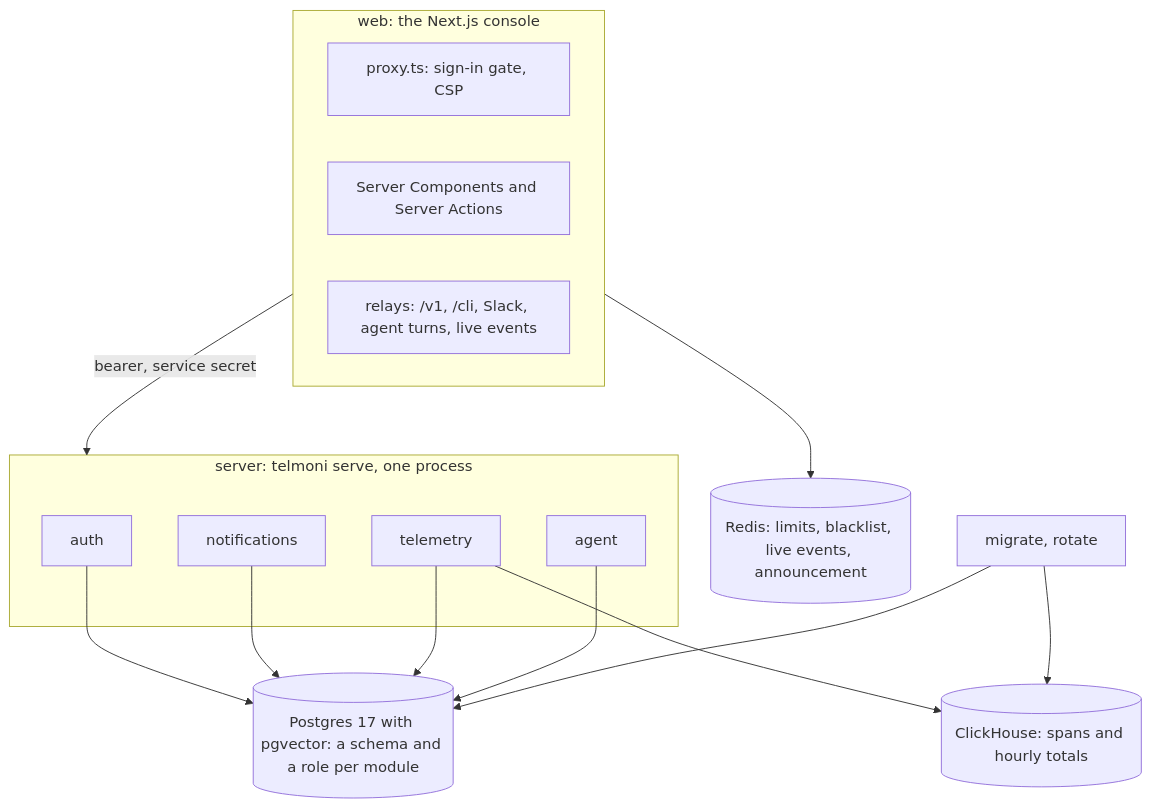
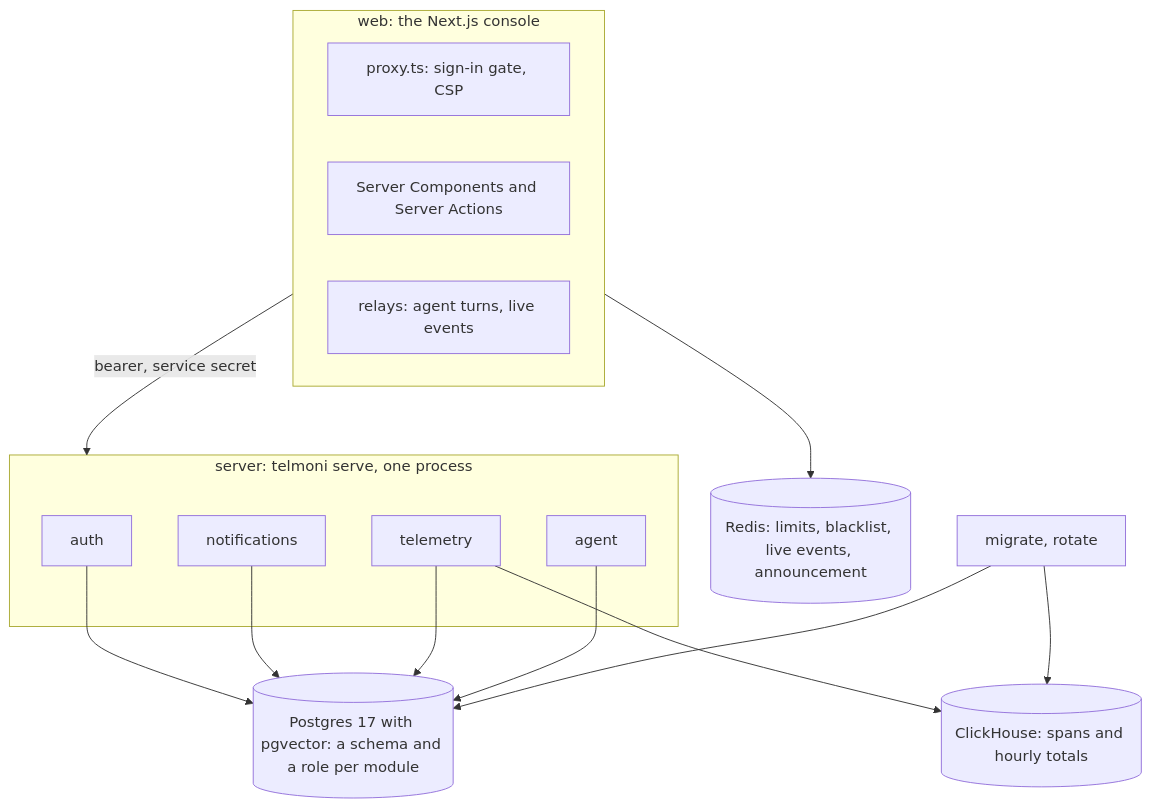
The second of 5 diagrams in ARCHITECTURE.md (telmoni/telmoni), drawn with Mermaid before and after one commit. The commit also changed other lines of this file and 4 other files, not shown here.

````diff
--- a/ARCHITECTURE.md
+++ b/ARCHITECTURE.md
@@ -118,23 +122,23 @@
 ```mermaid
 flowchart TB
   subgraph Web["web: the Next.js console"]
     Proxy["proxy.ts: sign-in gate, CSP"]
     Pages["Server Components and Server Actions"]
-    Relays["relays: /v1, /cli, Slack, agent turns, live events"]
+    Relays["relays: agent turns, live events"]
   end
   Redis[("Redis: limits, blacklist, live events, announcement")]
   subgraph Server["server: telmoni serve, one process"]
     Auth["auth"]
     Notif["notifications"]
     Telemetry["telemetry"]
     Agent["agent"]
   end
   Jobs["migrate, rotate"]
   PG[("Postgres 17 with pgvector: a schema and a role per module")]
   CH[("ClickHouse: spans and hourly totals")]
   Web --> Redis
   Web -->|"bearer, service secret"| Server
   Auth & Notif & Telemetry & Agent --> PG
   Telemetry --> CH
   Jobs --> PG & CH
 ```
````
